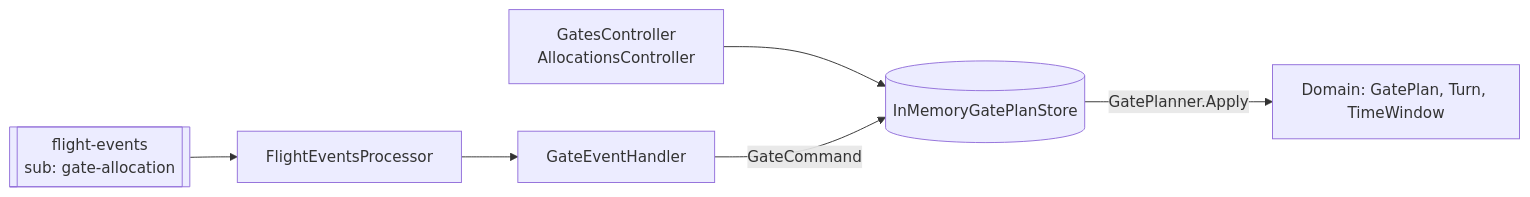
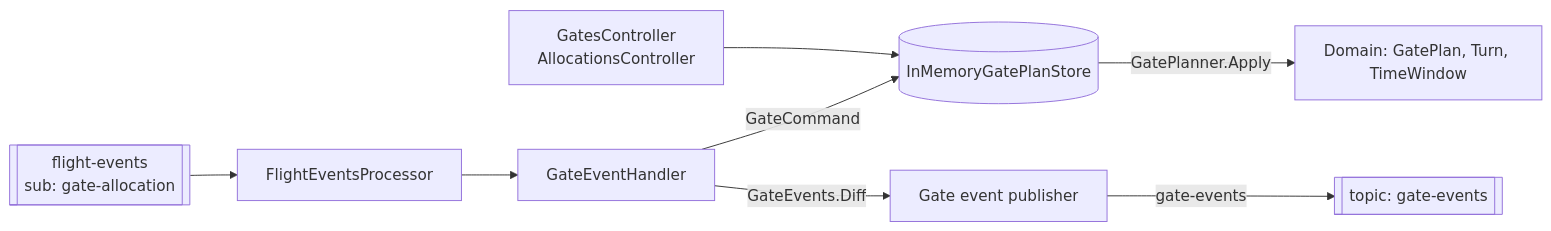
Before and after one commit to aeroflow-air/svc-gate-allocation: the diagram in docs/service.md, drawn with Mermaid. The commit also changed other lines of this file, not shown here.

First line of the commit message:
docs: reflect gate-events publishing on main

````diff
--- a/docs/service.md
+++ b/docs/service.md
@@ -36,7 +37,9 @@
 ```mermaid
 flowchart LR
   FE[[flight-events<br/>sub: gate-allocation]] --> P[FlightEventsProcessor] --> H[GateEventHandler]
   API[GatesController<br/>AllocationsController] --> S
   H -->|GateCommand| S[(InMemoryGatePlanStore)]
   S -->|GatePlanner.Apply| D[Domain: GatePlan, Turn, TimeWindow]
+  H -->|GateEvents.Diff| PUB[Gate event publisher]
+  PUB -->|gate-events| GE[[topic: gate-events]]
 ```
````
